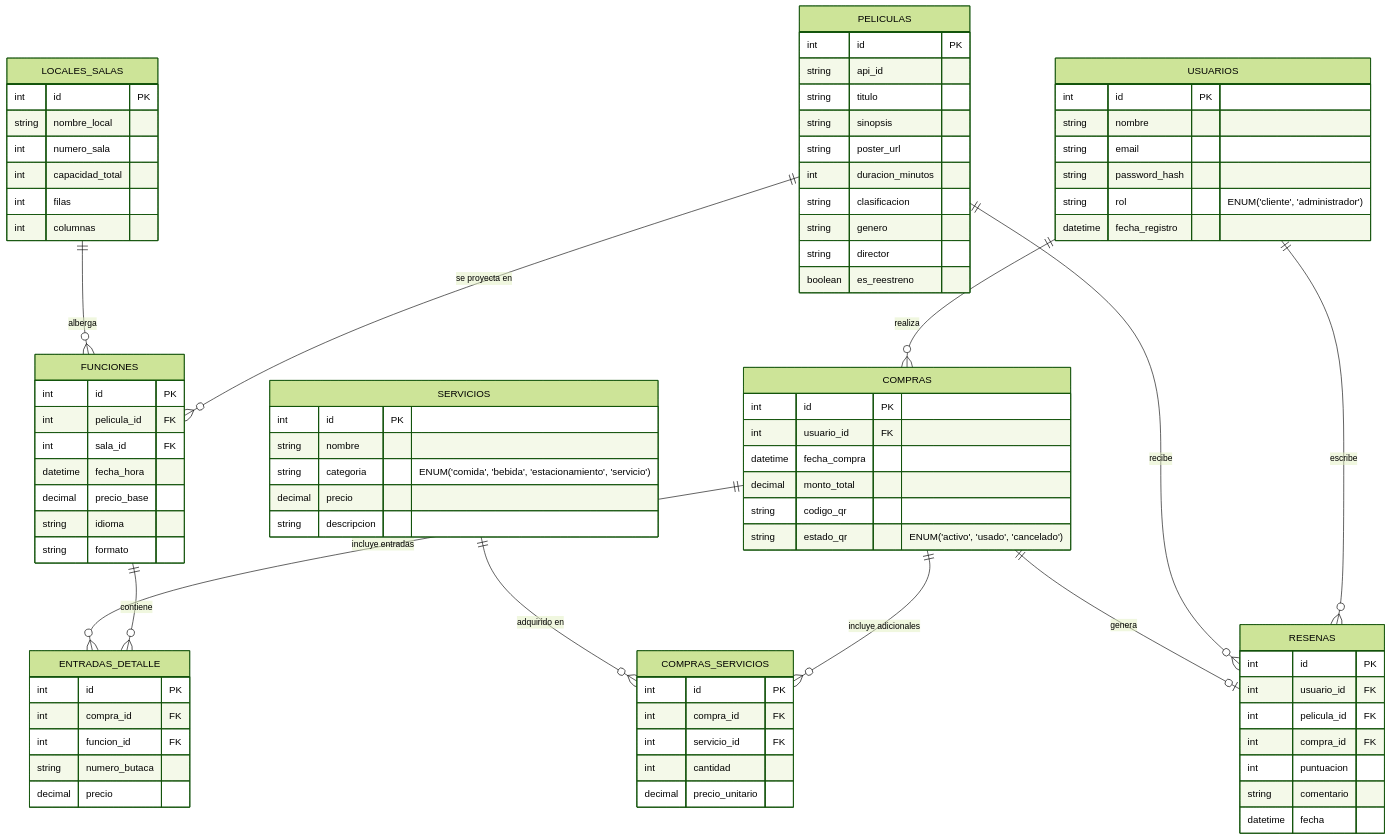
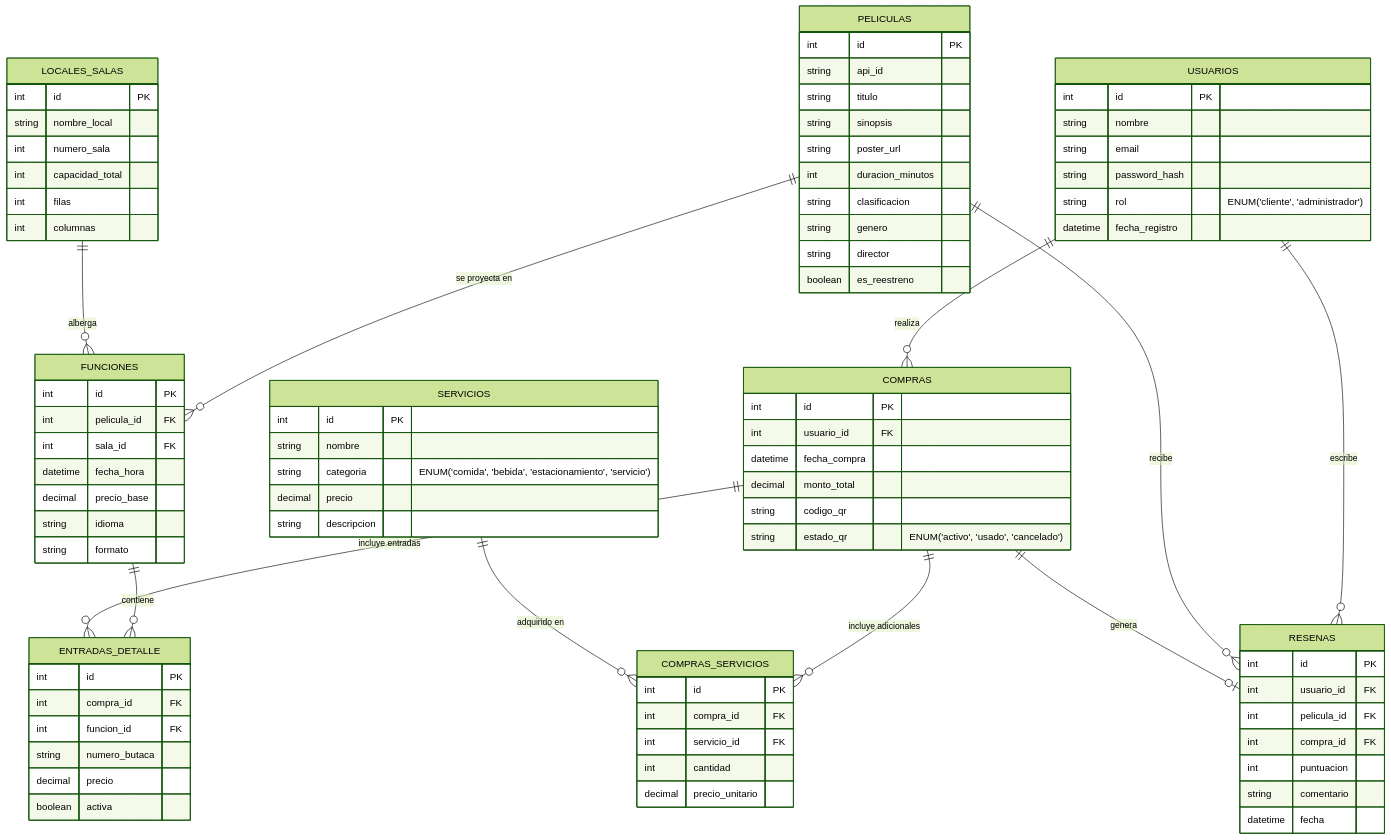
Before and after one commit to gaspuas/Proyecto-Final-FIDS: the diagram in README.md, drawn with Mermaid (forest theme). The commit also changed 16 other files, not shown here.

```diff
--- a/README.md
+++ b/README.md
@@ -219,6 +219,7 @@
         int funcion_id FK
         string numero_butaca
         decimal precio
+        boolean activa
     }
 
     SERVICIOS {
```
